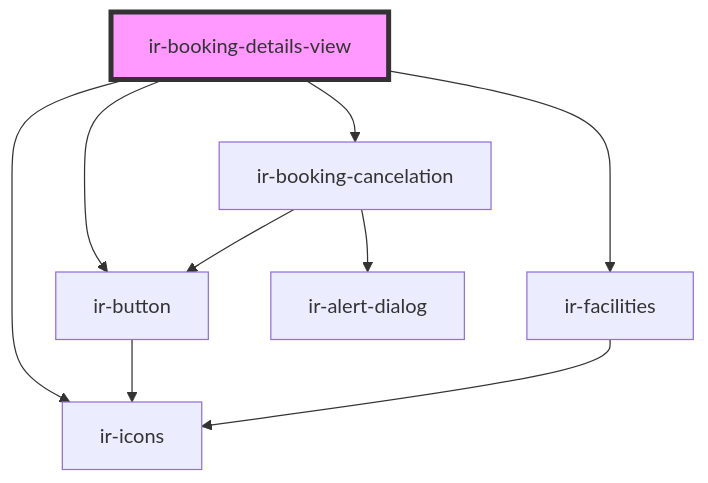
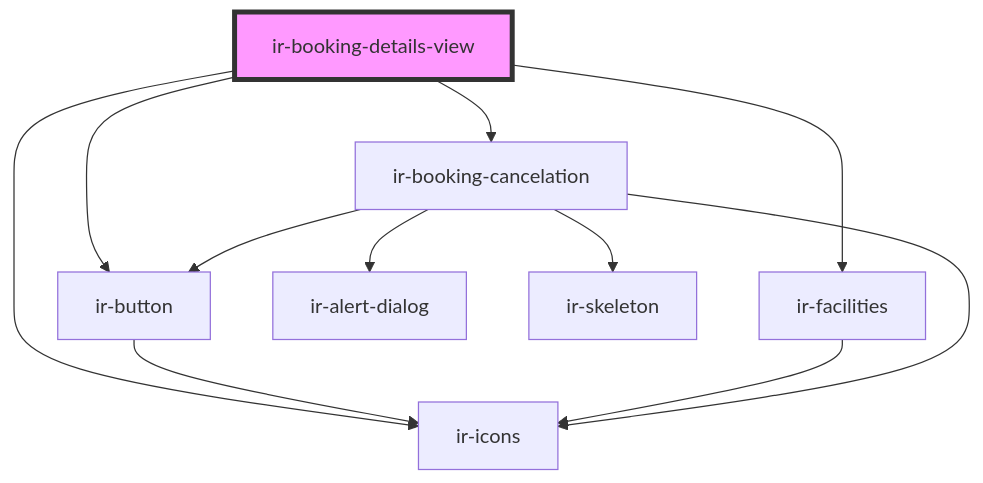
The diagram in src/components/ir-booking-engine/ir-booking-listing/ir-booking-details-view/readme.md (RonyRizk/ir-be), drawn with Mermaid before and after one commit. The commit also changed 144 other files, not shown here.

````diff
--- a/src/components/ir-booking-engine/ir-booking-listing/ir-booking-details-view/readme.md
+++ b/src/components/ir-booking-engine/ir-booking-listing/ir-booking-details-view/readme.md
@@ -32,12 +32,14 @@
 ```mermaid
 graph TD;
   ir-booking-details-view --> ir-button
   ir-booking-details-view --> ir-icons
   ir-booking-details-view --> ir-facilities
   ir-booking-details-view --> ir-booking-cancelation
   ir-button --> ir-icons
   ir-facilities --> ir-icons
   ir-booking-cancelation --> ir-alert-dialog
+  ir-booking-cancelation --> ir-skeleton
+  ir-booking-cancelation --> ir-icons
   ir-booking-cancelation --> ir-button
   style ir-booking-details-view fill:#f9f,stroke:#333,stroke-width:4px
 ```
````
